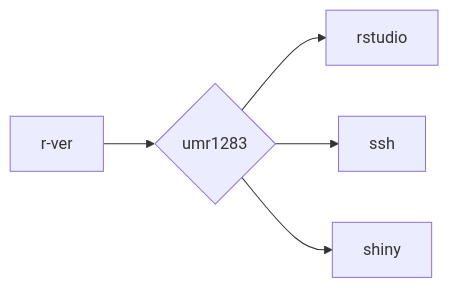
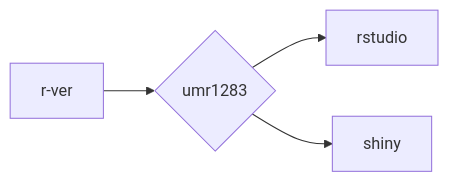
Before and after one commit to umr1283/docker-versioned: the diagram in README.md, drawn with Mermaid. The commit also changed other lines of this file and 98 other files, not shown here.

````diff
--- a/README.md
+++ b/README.md
@@ -20,7 +20,6 @@
 ``` mermaid
 graph LR
     A[r-ver] --> B{umr1283}
     B --> D[rstudio]
-    B --> E[ssh]
-    B --> F[shiny]
+    B --> R[shiny]
 ```
````
